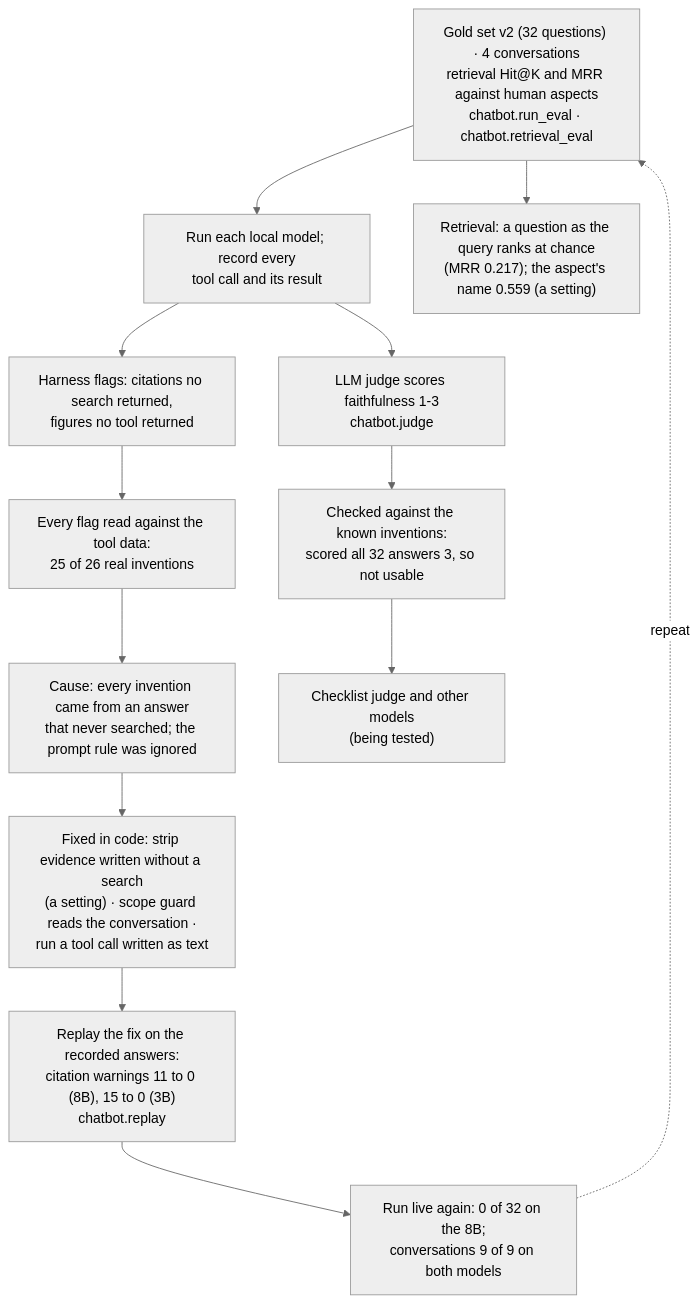
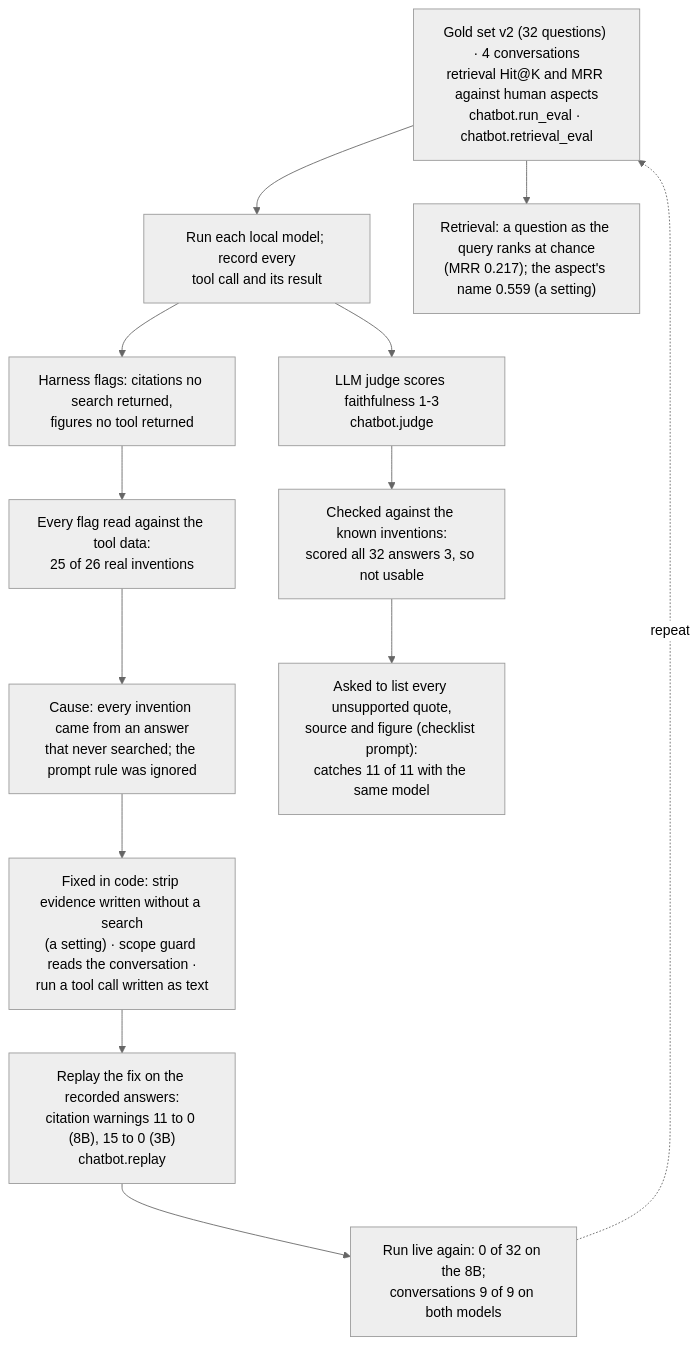
Before and after one commit to Gavingyh/plp-project: the diagram in docs/diagrams/src/23-chatbot-improvement-loop.mmd, drawn with Mermaid (neutral theme). The commit also changed 27 other files, not shown here.

First line of the commit message:
Write up the chatbot fixes run live, the judges, and the findings

```diff
--- a/docs/diagrams/src/23-chatbot-improvement-loop.mmd
+++ b/docs/diagrams/src/23-chatbot-improvement-loop.mmd
@@ -1,21 +1,21 @@
 flowchart TB
   accTitle: Chatbot evaluation and improvement loop
-  accDescr: A frozen gold set, multi-turn conversations and retrieval metrics are run on each local model, recording every tool call and result. The harness flags invented citations and unverified figures; each flag is read by hand against the tool data. The cause found was that every invented citation came from an answer that never searched. Fixes went into code, were replayed on the recorded answers, then run live. The LLM judge was checked against the known inventions and failed, so other judges are being tested.
+  accDescr: A frozen gold set, multi-turn conversations and retrieval metrics are run on each local model, recording every tool call and result. The harness flags invented citations and unverified figures; each flag is read by hand against the tool data. The cause found was that every invented citation came from an answer that never searched. Fixes went into code, were replayed on the recorded answers, then run live. The LLM judge was checked against the known inventions and failed; asked to list unsupported quotes, sources and figures instead, the same model caught all of them.
 
   gold["Gold set v2 (32 questions) · 4 conversations<br/>retrieval Hit@K and MRR against human aspects<br/>chatbot.run_eval · chatbot.retrieval_eval"]
   run["Run each local model; record every<br/>tool call and its result"]
   flags["Harness flags: citations no search returned,<br/>figures no tool returned"]
   read["Every flag read against the tool data:<br/>25 of 26 real inventions"]
   cause["Cause: every invention came from an answer<br/>that never searched; the prompt rule was ignored"]
   fix["Fixed in code: strip evidence written without a search<br/>(a setting) · scope guard reads the conversation ·<br/>run a tool call written as text"]
   replay["Replay the fix on the recorded answers:<br/>citation warnings 11 to 0 (8B), 15 to 0 (3B)<br/>chatbot.replay"]
   live["Run live again: 0 of 32 on the 8B;<br/>conversations 9 of 9 on both models"]
   retr["Retrieval: a question as the query ranks at chance<br/>(MRR 0.217); the aspect's name 0.559 (a setting)"]
   judge["LLM judge scores faithfulness 1-3<br/>chatbot.judge"]
   jcheck["Checked against the known inventions:<br/>scored all 32 answers 3, so not usable"]
-  jnext["Checklist judge and other models<br/>(being tested)"]
+  jnext["Asked to list every unsupported quote,<br/>source and figure (checklist prompt):<br/>catches 11 of 11 with the same model"]
 
   gold --> run --> flags --> read --> cause --> fix --> replay --> live
   gold --> retr
   run --> judge --> jcheck --> jnext
   live -. repeat .-> gold
```
